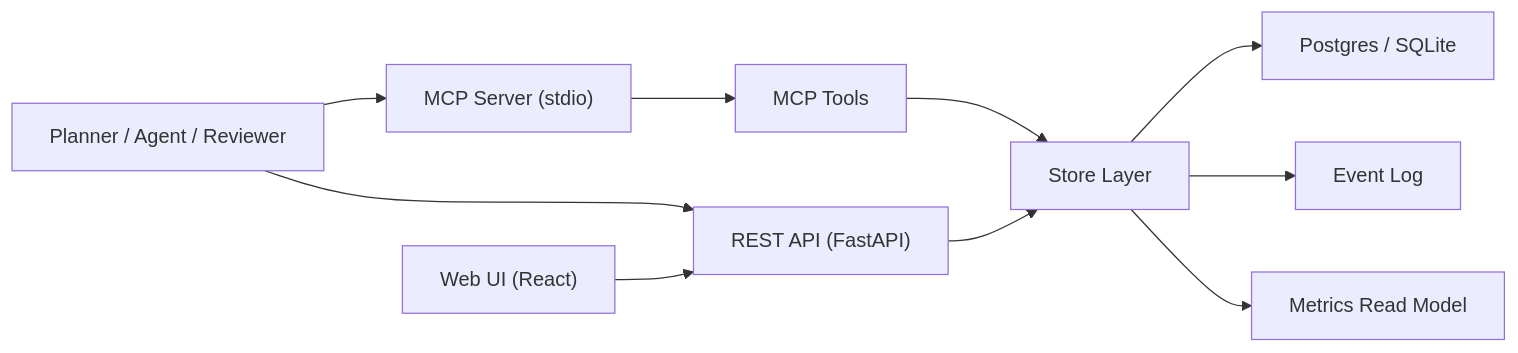
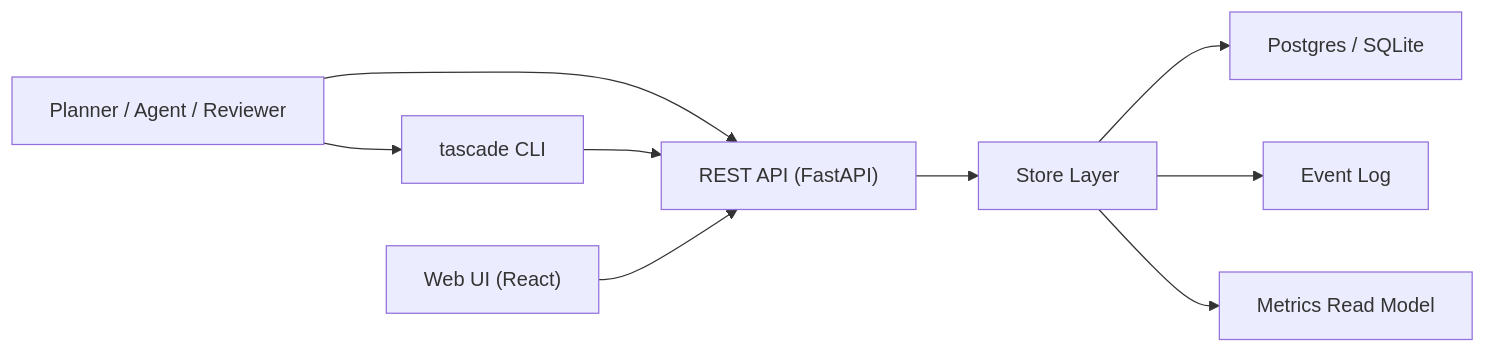
Before and after one commit to sayeed-anjum/tascade: the first of 2 diagrams in docs/ARCHITECTURE.md, drawn with Mermaid. The commit also changed other lines of this file and 28 other files, not shown here.

First line of the commit message:
feat!: remove the MCP server and pivot CLI parity to REST routes

````diff
--- a/docs/ARCHITECTURE.md
+++ b/docs/ARCHITECTURE.md
@@ -12,12 +12,11 @@
 ```mermaid
 flowchart LR
-  A["Planner / Agent / Reviewer"] --> B["REST API (FastAPI)"]
-  A --> C["MCP Server (stdio)"]
-  C --> D["MCP Tools"]
-  D --> E["Store Layer"]
-  B --> E
+  A["Planner / Agent / Reviewer"] --> C["tascade CLI"]
+  A --> B["REST API (FastAPI)"]
+  C --> B
+  B --> E["Store Layer"]
   E --> F["Postgres / SQLite"]
   E --> G["Event Log"]
   E --> H["Metrics Read Model"]
   I["Web UI (React)"] --> B
 ```
````
